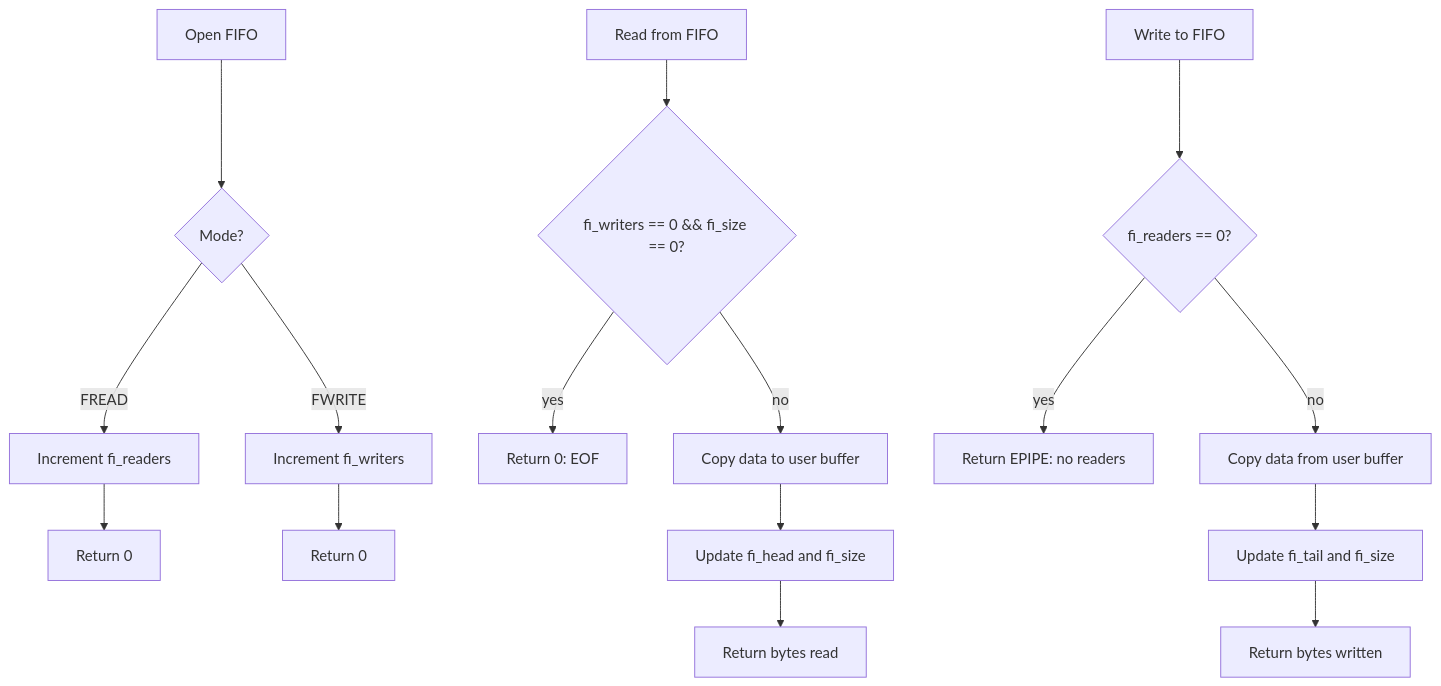
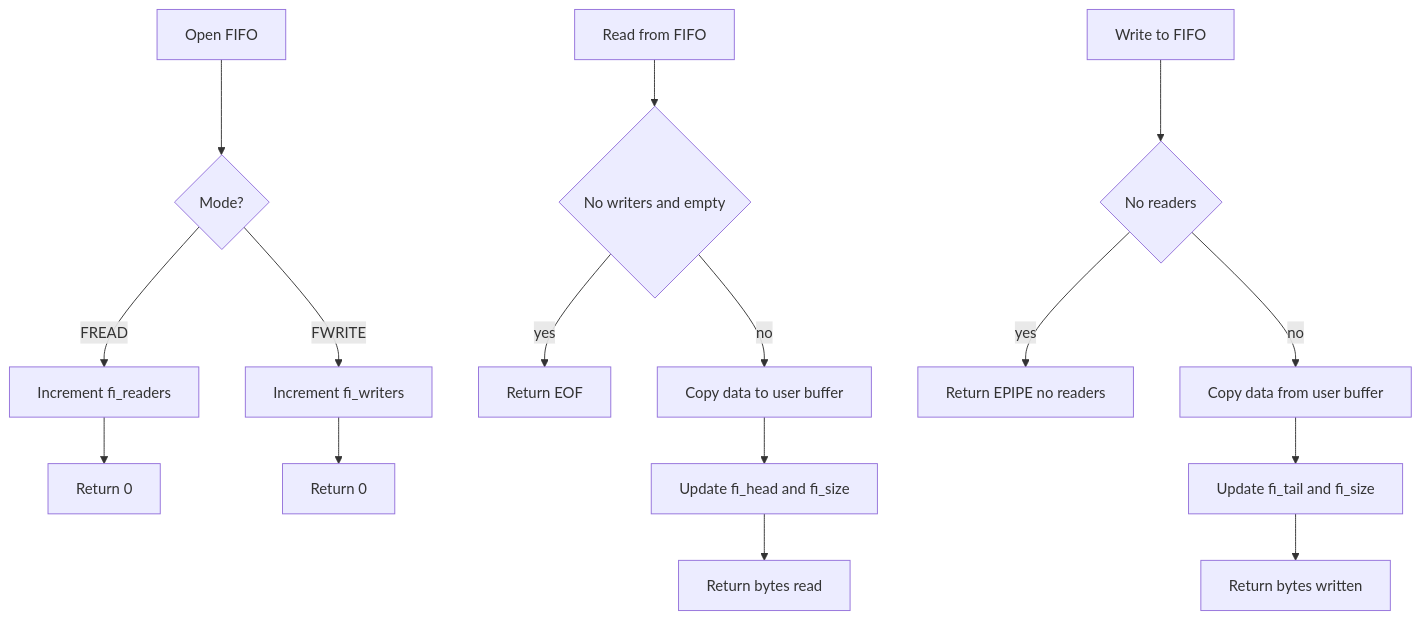
One commit to macsplit/unix_doc changed the diagram in diagrams/3.6-read-write-flow.mmd. Above: the diagram before and after it, drawn with Mermaid. The commit also changed 105 other files, not shown here.

Commit message:
added new charts and fleshed out remaining chapters

```diff
--- a/diagrams/3.6-read-write-flow.mmd
+++ b/diagrams/3.6-read-write-flow.mmd
@@ -1,18 +1,18 @@
-graph TD
+flowchart TD
     A[Open FIFO] --> B{Mode?}
     B -->|FREAD| C[Increment fi_readers]
     B -->|FWRITE| D[Increment fi_writers]
     C --> E[Return 0]
     D --> F[Return 0]
 
-    G[Read from FIFO] --> H{fi_writers == 0 && fi_size == 0?}
-    H -->|yes| I[Return 0: EOF]
+    G[Read from FIFO] --> H{No writers and empty}
+    H -->|yes| I[Return EOF]
     H -->|no| J[Copy data to user buffer]
     J --> K[Update fi_head and fi_size]
     K --> L[Return bytes read]
 
-    M[Write to FIFO] --> N{fi_readers == 0?}
-    N -->|yes| O[Return EPIPE: no readers]
+    M[Write to FIFO] --> N{No readers}
+    N -->|yes| O[Return EPIPE no readers]
     N -->|no| P[Copy data from user buffer]
     P --> Q[Update fi_tail and fi_size]
     Q --> R[Return bytes written]
```
